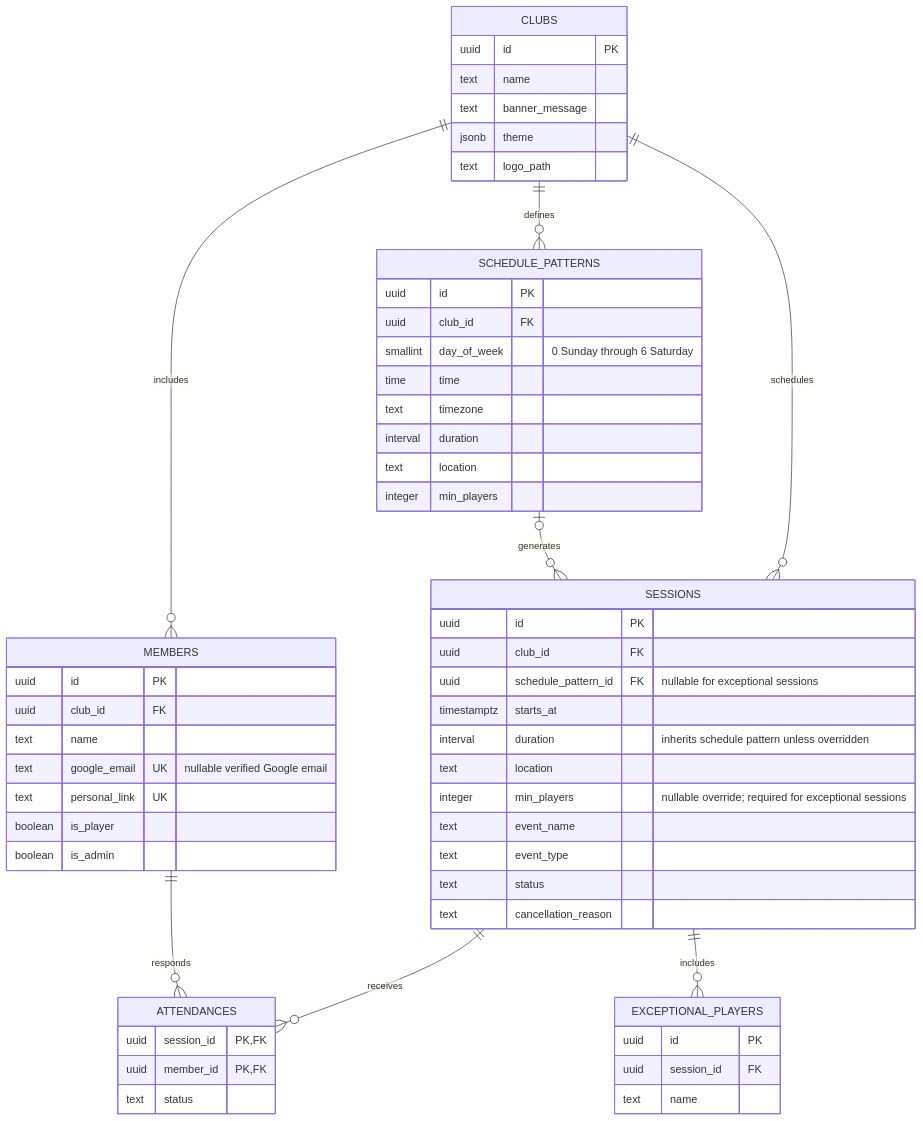
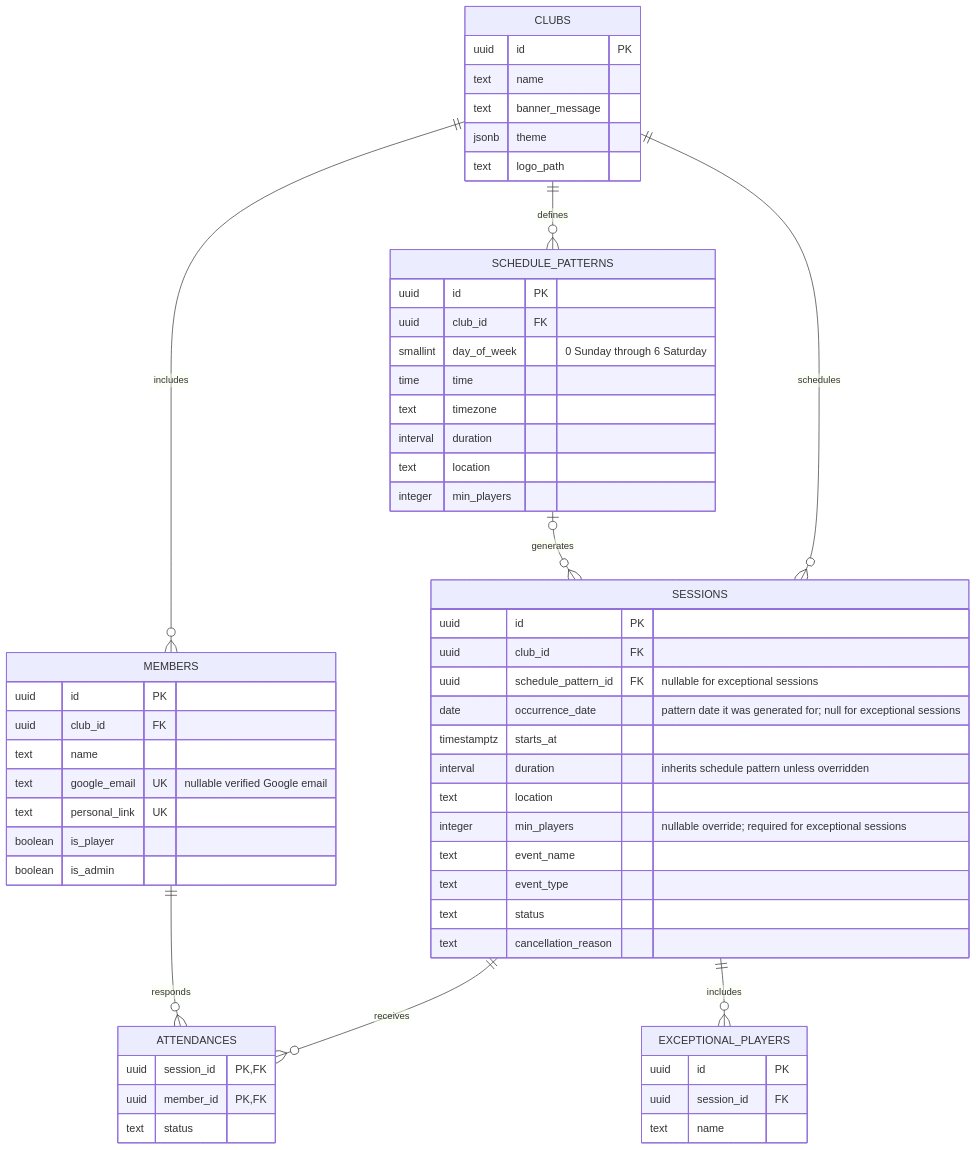
One commit to mikebarais/playcount changed the diagram in documentation/PlayCount_Functional_Requirements_Final.md. Above: the diagram before and after it, drawn with Mermaid. The commit also changed other lines of this file and 5 other files, not shown here.

````diff
--- a/documentation/PlayCount_Functional_Requirements_Final.md
+++ b/documentation/PlayCount_Functional_Requirements_Final.md
@@ -175,65 +177,66 @@
 ```mermaid
 erDiagram
 	CLUBS {
 		uuid id PK
 		text name
 		text banner_message
 		jsonb theme
 		text logo_path
 	}
 
 	MEMBERS {
 		uuid id PK
 		uuid club_id FK
 		text name
 		text google_email UK "nullable verified Google email"
 		text personal_link UK
 		boolean is_player
 		boolean is_admin
 	}
 
 	SCHEDULE_PATTERNS {
 		uuid id PK
 		uuid club_id FK
 		smallint day_of_week "0 Sunday through 6 Saturday"
 		time time
 		text timezone
 		interval duration
 		text location
 		integer min_players
 	}
 
 	SESSIONS {
 		uuid id PK
 		uuid club_id FK
 		uuid schedule_pattern_id FK "nullable for exceptional sessions"
+		date occurrence_date "pattern date it was generated for; null for exceptional sessions"
 		timestamptz starts_at
 		interval duration "inherits schedule pattern unless overridden"
 		text location
 		integer min_players "nullable override; required for exceptional sessions"
 		text event_name
 		text event_type
 		text status
 		text cancellation_reason
 	}
 
 	ATTENDANCES {
 		uuid session_id PK, FK
 		uuid member_id PK, FK
 		text status
 	}
 
 	EXCEPTIONAL_PLAYERS {
 		uuid id PK
 		uuid session_id FK
 		text name
 	}
 
 	CLUBS ||--o{ MEMBERS : includes
 	CLUBS ||--o{ SCHEDULE_PATTERNS : defines
 	SCHEDULE_PATTERNS o|--o{ SESSIONS : generates
 	CLUBS ||--o{ SESSIONS : schedules
 	SESSIONS ||--o{ ATTENDANCES : receives
 	MEMBERS ||--o{ ATTENDANCES : responds
 	SESSIONS ||--o{ EXCEPTIONAL_PLAYERS : includes
 ```
````
